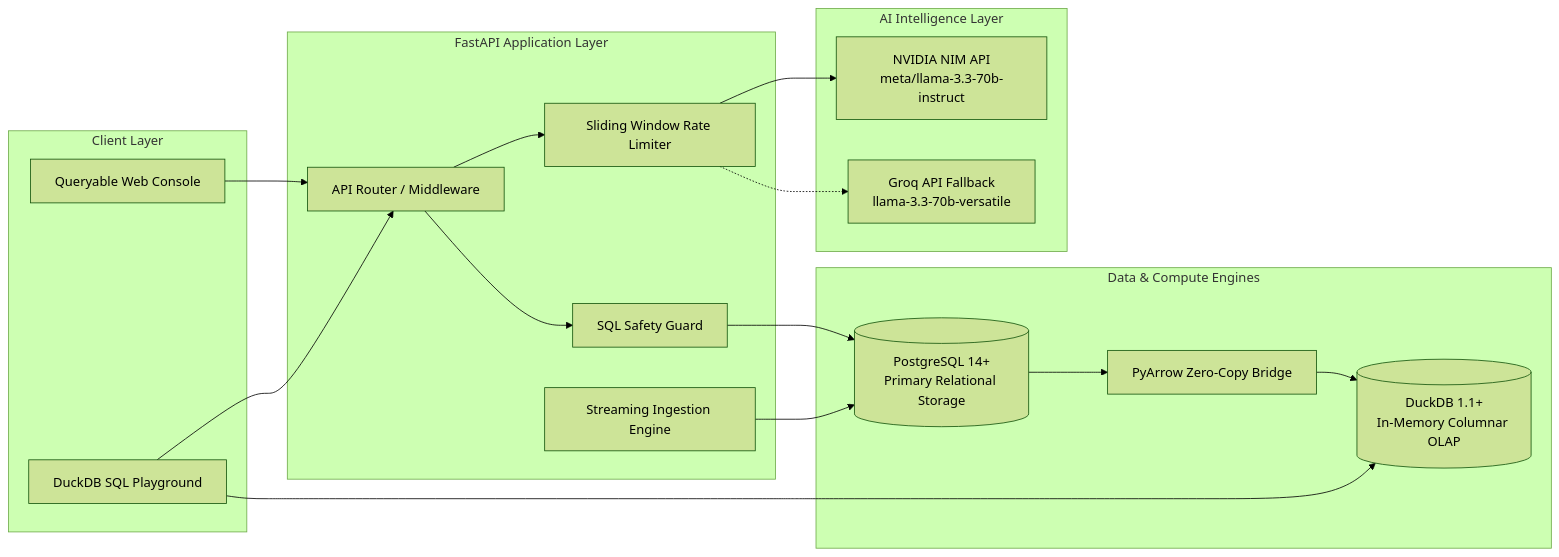
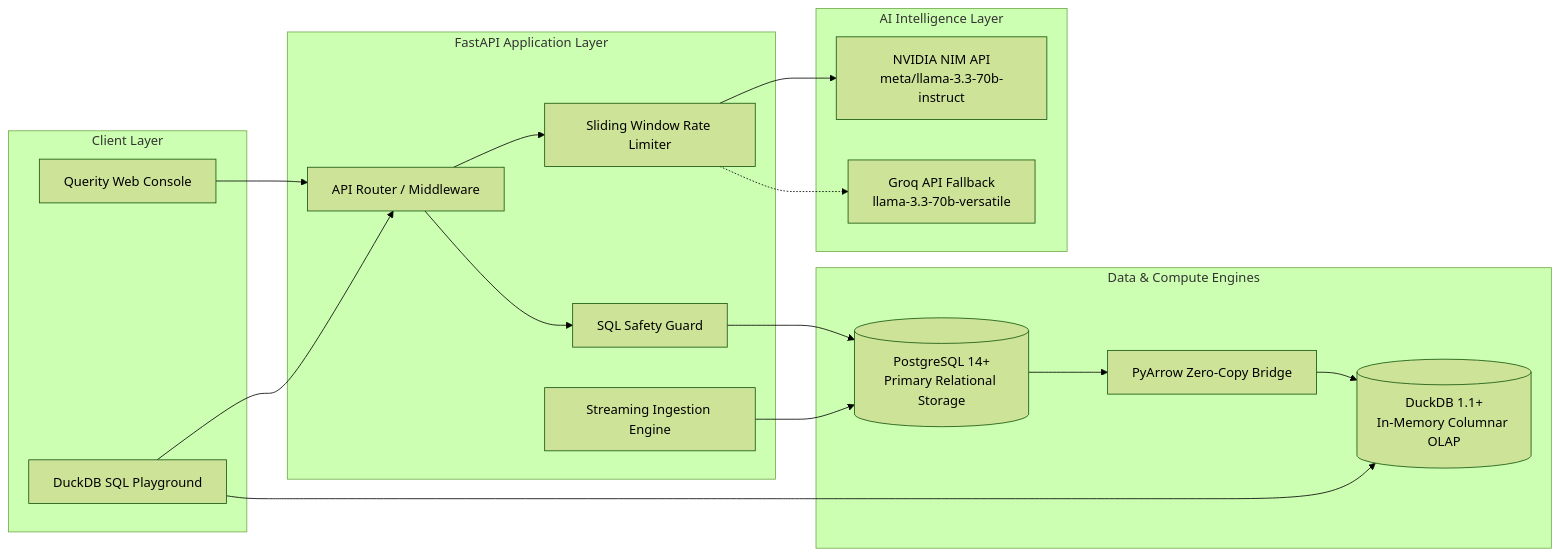
One commit to nitinrajg/Querity-Enterprise-Text-to-SQL-Analytics-System changed the third of 3 diagrams in README.md. Above: the diagram before and after it, drawn with Mermaid (forest theme). The commit also changed other lines of this file and 15 other files, not shown here.

````diff
--- a/README.md
+++ b/README.md
@@ -137,37 +137,37 @@
 ```mermaid
 graph LR
     subgraph Client Layer
-        WebUI[Queryable Web Console]
+        WebUI[Querity Web Console]
         PlaygroundUI[DuckDB SQL Playground]
     end
 
     subgraph FastAPI Application Layer
         Router[API Router / Middleware]
         Limiter[Sliding Window Rate Limiter]
         GuardService[SQL Safety Guard]
         IngestService[Streaming Ingestion Engine]
     end
 
     subgraph Data & Compute Engines
         PG[(PostgreSQL 14+\nPrimary Relational Storage)]
         Duck[(DuckDB 1.1+\nIn-Memory Columnar OLAP)]
         Arrow[PyArrow Zero-Copy Bridge]
     end
 
     subgraph AI Intelligence Layer
         NVIDIA[NVIDIA NIM API\nmeta/llama-3.3-70b-instruct]
         Groq[Groq API Fallback\nllama-3.3-70b-versatile]
     end
 
     WebUI --> Router
     PlaygroundUI --> Router
     Router --> Limiter
     Limiter --> NVIDIA
     Limiter -.-> Groq
     Router --> GuardService
     GuardService --> PG
     IngestService --> PG
     PG --> Arrow
     Arrow --> Duck
     PlaygroundUI --> Duck
 ```
````
